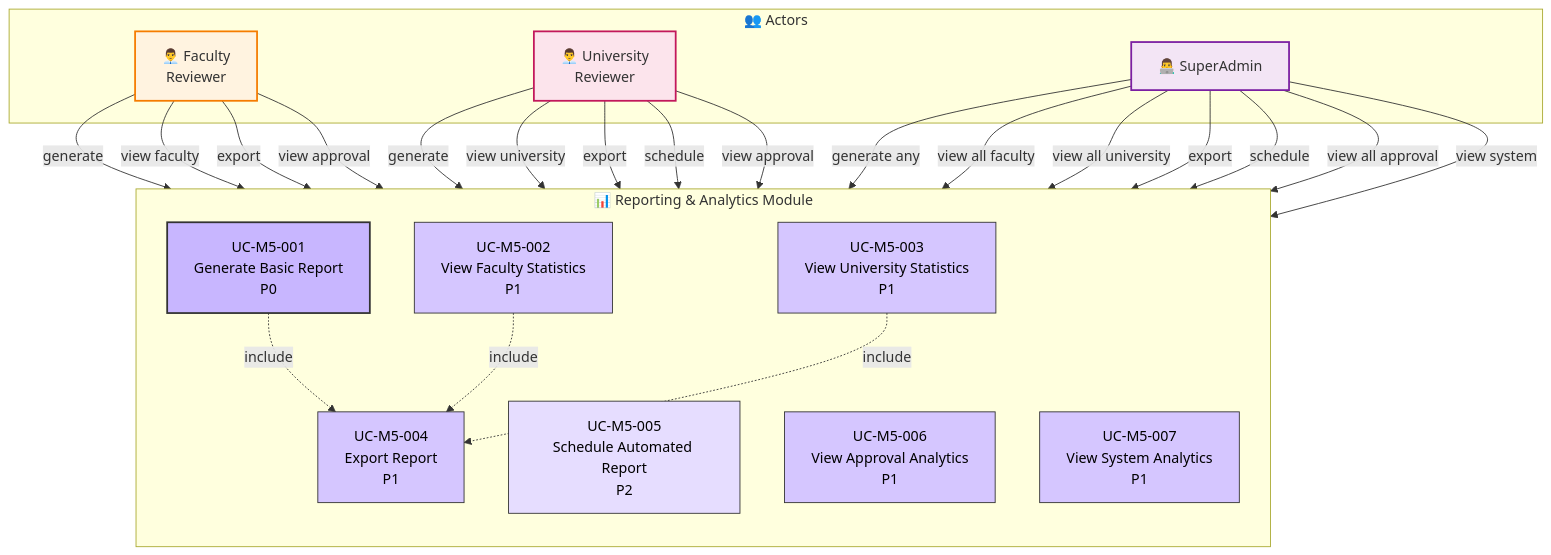
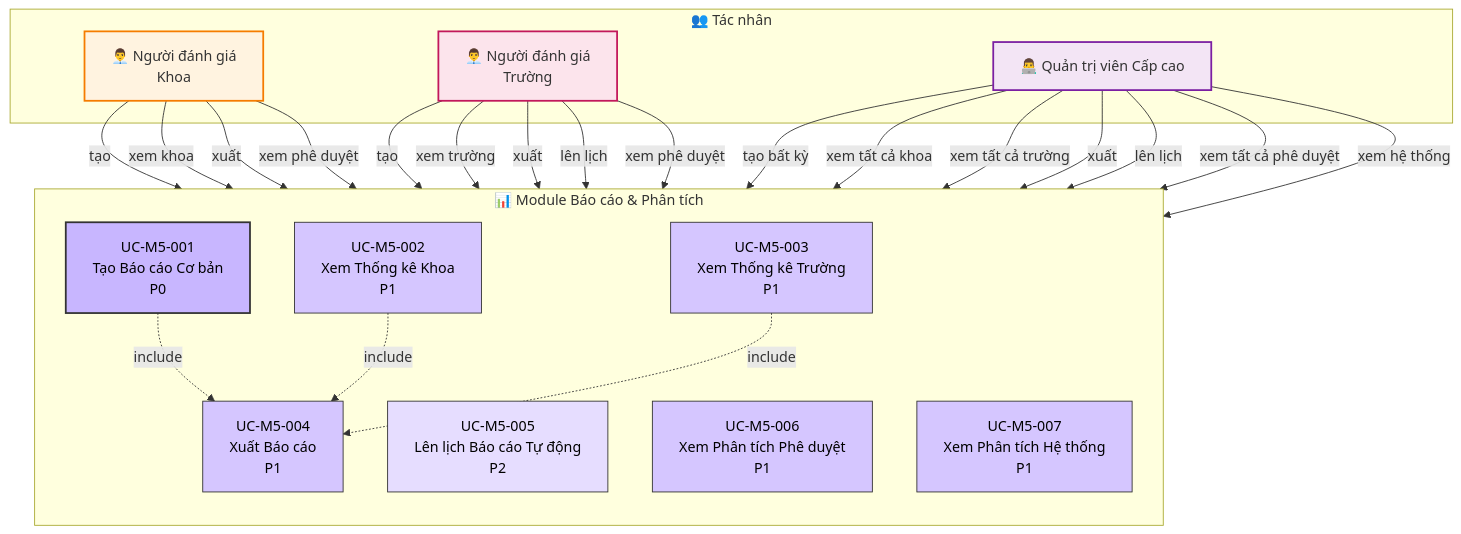
The diagram in docs/06_Diagrams/UseCase/module_05_reporting.md (Ng0cTh4nhk5/ufpms-docs), drawn with Mermaid before and after one commit. The commit also changed other lines of this file and 70 other files, not shown here.

````diff
--- a/docs/06_Diagrams/UseCase/module_05_reporting.md
+++ b/docs/06_Diagrams/UseCase/module_05_reporting.md
@@ -23,60 +23,60 @@
 ```mermaid
 graph TB
-    subgraph Actors["👥 Actors"]
-        FCR[👨‍💼 Faculty<br/>Reviewer]
-        UNR[👨‍💼 University<br/>Reviewer]
-        ADM[👨‍💻 SuperAdmin]
+    subgraph Actors["👥 Tác nhân"]
+        FCR[👨‍💼 Người đánh giá<br/>Khoa]
+        UNR[👨‍💼 Người đánh giá<br/>Trường]
+        ADM[👨‍💻 Quản trị viên Cấp cao]
     end
     
-    subgraph REPORT["📊 Reporting & Analytics Module"]
+    subgraph REPORT["📊 Module Báo cáo & Phân tích"]
         direction TB
         
-        UC1[UC-M5-001<br/>Generate Basic Report<br/>P0]
-        UC2[UC-M5-002<br/>View Faculty Statistics<br/>P1]
-        UC3[UC-M5-003<br/>View University Statistics<br/>P1]
-        UC4[UC-M5-004<br/>Export Report<br/>P1]
-        UC5[UC-M5-005<br/>Schedule Automated Report<br/>P2]
-        UC6[UC-M5-006<br/>View Approval Analytics<br/>P1]
-        UC7[UC-M5-007<br/>View System Analytics<br/>P1]
+        UC1[UC-M5-001<br/>Tạo Báo cáo Cơ bản<br/>P0]
+        UC2[UC-M5-002<br/>Xem Thống kê Khoa<br/>P1]
+        UC3[UC-M5-003<br/>Xem Thống kê Trường<br/>P1]
+        UC4[UC-M5-004<br/>Xuất Báo cáo<br/>P1]
+        UC5[UC-M5-005<br/>Lên lịch Báo cáo Tự động<br/>P2]
+        UC6[UC-M5-006<br/>Xem Phân tích Phê duyệt<br/>P1]
+        UC7[UC-M5-007<br/>Xem Phân tích Hệ thống<br/>P1]
         
         %% Include relationships
         UC1 -.->|include| UC4
         UC2 -.->|include| UC4
         UC3 -.->|include| UC4
     end
     
     %% Faculty Reviewer connections
-    FCR -->|generate| UC1
-    FCR -->|view faculty| UC2
-    FCR -->|export| UC4
-    FCR -->|view approval| UC6
+    FCR -->|tạo| UC1
+    FCR -->|xem khoa| UC2
+    FCR -->|xuất| UC4
+    FCR -->|xem phê duyệt| UC6
     
     %% University Reviewer connections
-    UNR -->|generate| UC1
-    UNR -->|view university| UC3
-    UNR -->|export| UC4
-    UNR -->|schedule| UC5
-    UNR -->|view approval| UC6
+    UNR -->|tạo| UC1
+    UNR -->|xem trường| UC3
+    UNR -->|xuất| UC4
+    UNR -->|lên lịch| UC5
+    UNR -->|xem phê duyệt| UC6
     
     %% SuperAdmin connections
-    ADM -->|generate any| UC1
-    ADM -->|view all faculty| UC2
-    ADM -->|view all university| UC3
-    ADM -->|export| UC4
-    ADM -->|schedule| UC5
-    ADM -->|view all approval| UC6
-    ADM -->|view system| UC7
+    ADM -->|tạo bất kỳ| UC1
+    ADM -->|xem tất cả khoa| UC2
+    ADM -->|xem tất cả trường| UC3
+    ADM -->|xuất| UC4
+    ADM -->|lên lịch| UC5
+    ADM -->|xem tất cả phê duyệt| UC6
+    ADM -->|xem hệ thống| UC7
     
     %% Styling
     style UC1 fill:#c8b6ff,stroke:#333,stroke-width:2px,color:#000
     style UC2 fill:#d5c6ff,stroke:#333,stroke-width:1px,color:#000
     style UC3 fill:#d5c6ff,stroke:#333,stroke-width:1px,color:#000
     style UC4 fill:#d5c6ff,stroke:#333,stroke-width:1px,color:#000
     style UC5 fill:#e6ddff,stroke:#333,stroke-width:1px,color:#000
     style UC6 fill:#d5c6ff,stroke:#333,stroke-width:1px,color:#000
     style UC7 fill:#d5c6ff,stroke:#333,stroke-width:1px,color:#000
     
     style FCR fill:#fff3e0,stroke:#f57c00,stroke-width:2px
     style UNR fill:#fce4ec,stroke:#c2185b,stroke-width:2px
     style ADM fill:#f3e5f5,stroke:#7b1fa2,stroke-width:2px
 ```
````
